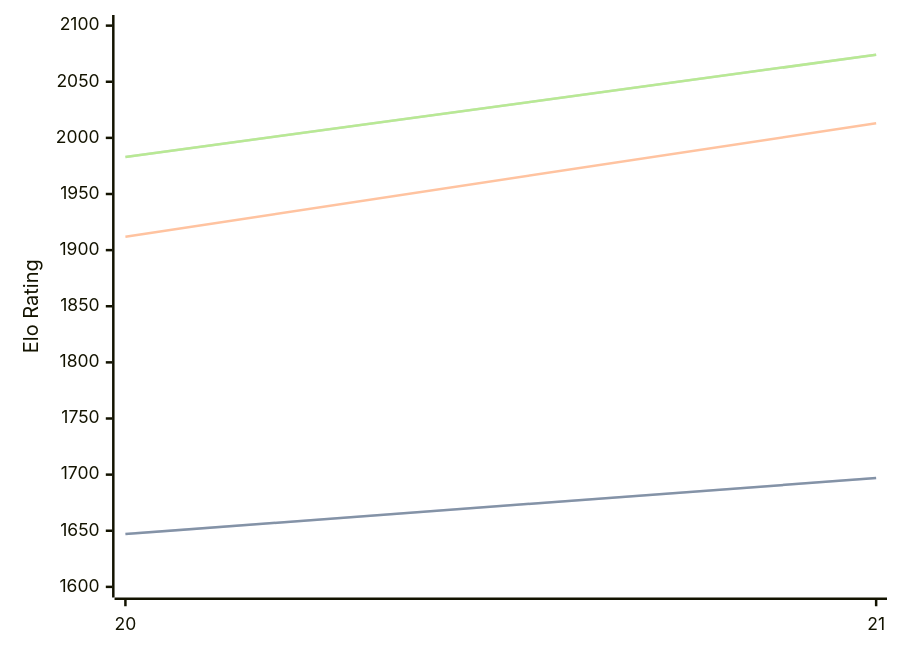
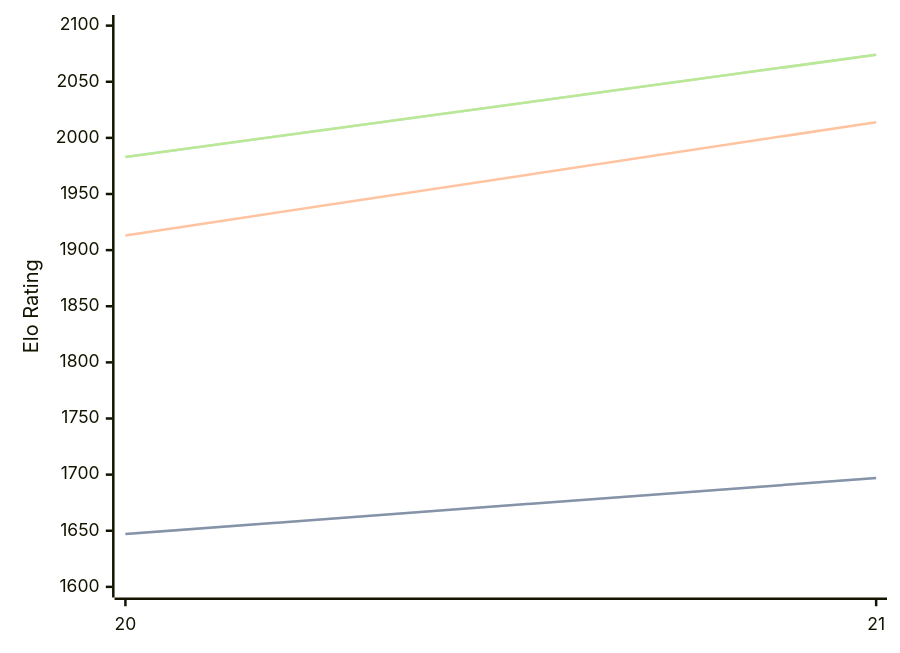
The diagram in engines/PurplePanda.md (computer-chess-index/cci), drawn with Mermaid before and after one commit. The commit also changed other lines of this file, not shown here.

````diff
--- a/engines/PurplePanda.md
+++ b/engines/PurplePanda.md
@@ -32,11 +32,11 @@
 ```mermaid
 %%{init: {"theme":"base","themeVariables":{"seriesColors:['#a3a3a3','#222221','#faa371']}}}%%
 xychart-beta
   x-axis ["20", "21"]
   y-axis "Elo Rating" 1600 --> 2100
   line "" [1647, 1697]
   line "STC (8.0+0.08s)" [1647, 1697]
-  line "LTC (60.0+0.60s)" [1912, 2013]
+  line "LTC (60.0+0.60s)" [1913, 2014]
   line "" [1983, 2074]
   line "VLTC (2m24s+1.12s)" [1983, 2074]
 ```
````
